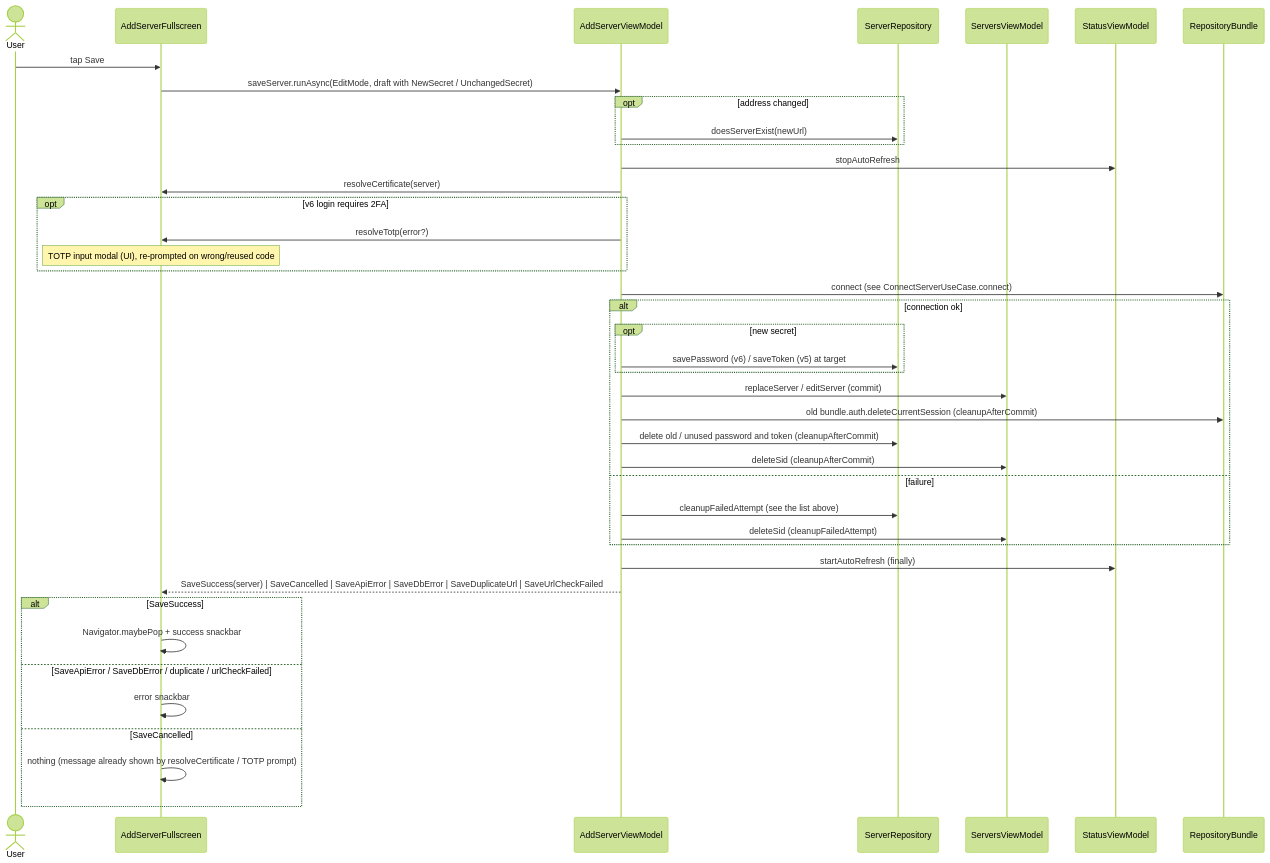
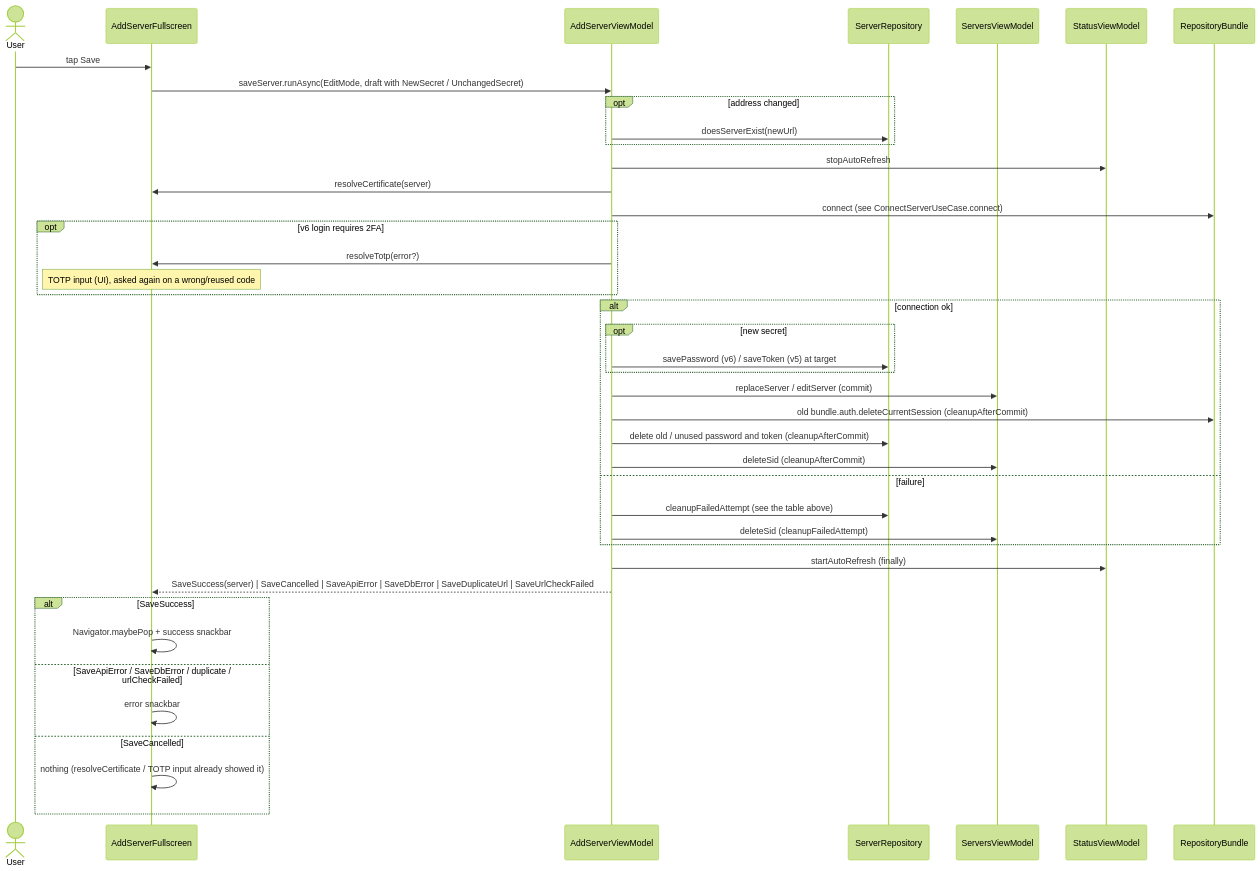
The eighth of 8 diagrams in docs/server-connection-flow.md (tsutsu3/pi-hole-client), drawn with Mermaid (forest theme) before and after one commit. The commit also changed other lines of this file and 32 other files, not shown here.

````diff
--- a/docs/server-connection-flow.md
+++ b/docs/server-connection-flow.md
@@ -309,44 +283,44 @@
 ```mermaid
 sequenceDiagram
   actor U as User
   participant W as AddServerFullscreen
   participant VM as AddServerViewModel
   participant SR as ServerRepository
   participant SV as ServersViewModel
   participant ST as StatusViewModel
   participant B as RepositoryBundle
 
   U->>W: tap Save
   W->>VM: saveServer.runAsync(EditMode, draft with NewSecret / UnchangedSecret)
   opt address changed
     VM->>SR: doesServerExist(newUrl)
   end
   VM->>ST: stopAutoRefresh
   VM->>W: resolveCertificate(server)
+  VM->>B: connect (see ConnectServerUseCase.connect)
   opt v6 login requires 2FA
     VM->>W: resolveTotp(error?)
-    Note over W: TOTP input modal (UI), re-prompted on wrong/reused code
+    Note over W: TOTP input (UI), asked again on a wrong/reused code
   end
-  VM->>B: connect (see ConnectServerUseCase.connect)
   alt connection ok
     opt new secret
       VM->>SR: savePassword (v6) / saveToken (v5) at target
     end
     VM->>SV: replaceServer / editServer (commit)
     VM->>B: old bundle.auth.deleteCurrentSession (cleanupAfterCommit)
     VM->>SR: delete old / unused password and token (cleanupAfterCommit)
     VM->>SV: deleteSid (cleanupAfterCommit)
   else failure
-    VM->>SR: cleanupFailedAttempt (see the list above)
+    VM->>SR: cleanupFailedAttempt (see the table above)
     VM->>SV: deleteSid (cleanupFailedAttempt)
   end
   VM->>ST: startAutoRefresh (finally)
   VM-->>W: SaveSuccess(server) | SaveCancelled | SaveApiError | SaveDbError | SaveDuplicateUrl | SaveUrlCheckFailed
   alt SaveSuccess
     W->>W: Navigator.maybePop + success snackbar
   else SaveApiError / SaveDbError / duplicate / urlCheckFailed
     W->>W: error snackbar
   else SaveCancelled
-    W->>W: nothing (message already shown by resolveCertificate / TOTP prompt)
+    W->>W: nothing (resolveCertificate / TOTP input already showed it)
   end
 ```
````
